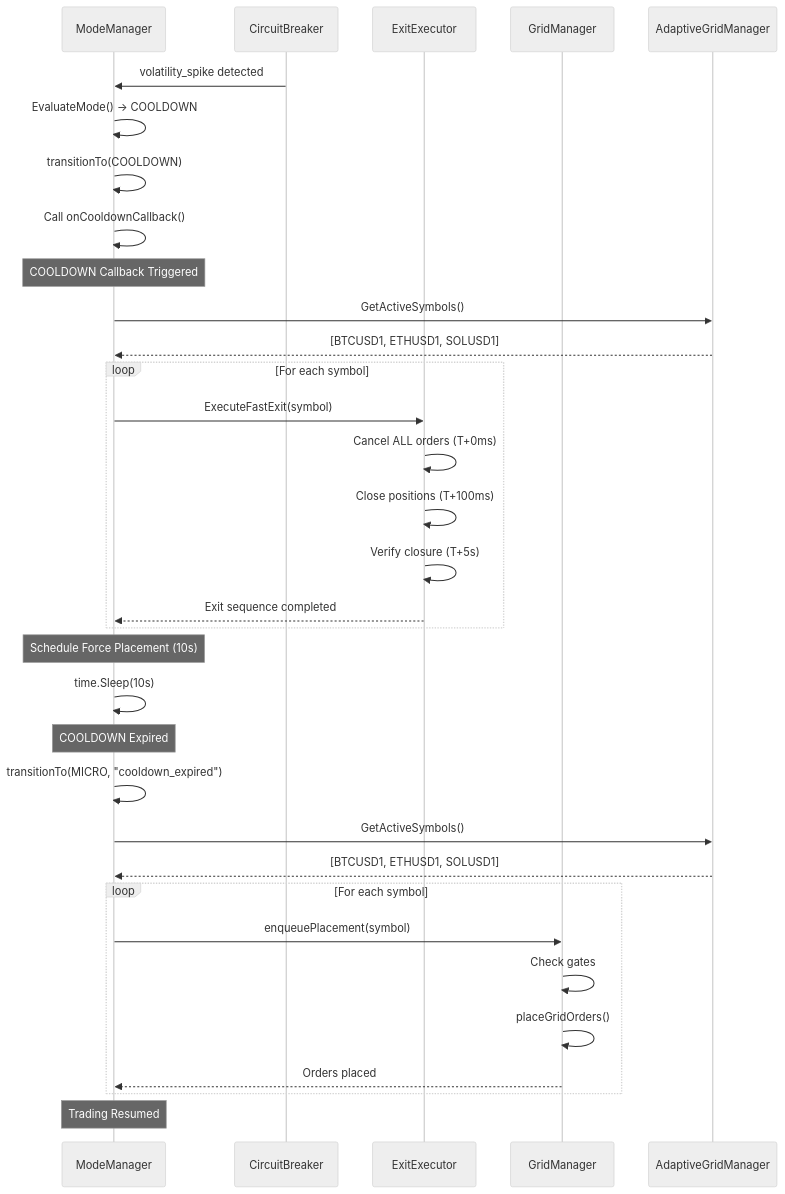
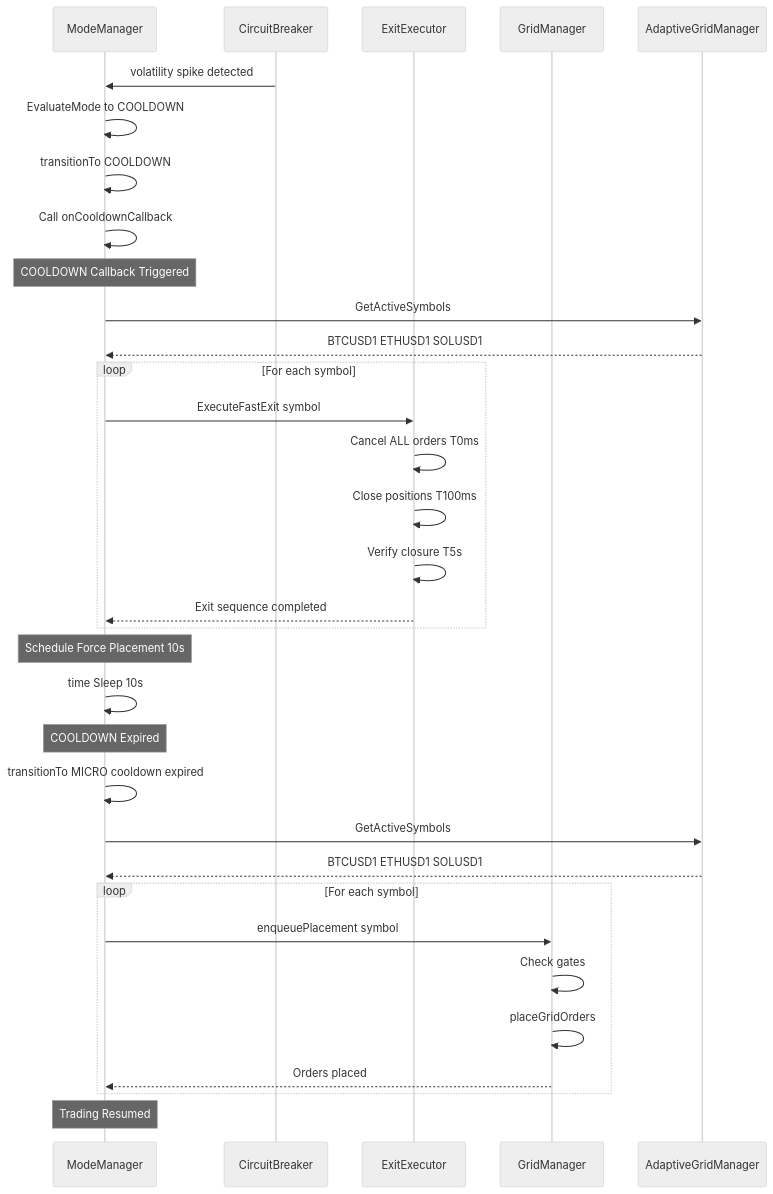
Before and after one commit to baolongdinh/aster-perp-trading: diagram 13 of 19 in AGENTIC_TRADING_NGHIEP_VU.md, drawn with Mermaid (neutral theme). The commit also changed other lines of this file and 12 other files, not shown here.

````diff
--- a/AGENTIC_TRADING_NGHIEP_VU.md
+++ b/AGENTIC_TRADING_NGHIEP_VU.md
@@ -921,42 +860,42 @@
 ```mermaid
 sequenceDiagram
     participant MM as ModeManager
     participant CB as CircuitBreaker
     participant EE as ExitExecutor
     participant GM as GridManager
     participant AGM as AdaptiveGridManager
     
-    CB->>MM: volatility_spike detected
-    MM->>MM: EvaluateMode() → COOLDOWN
-    MM->>MM: transitionTo(COOLDOWN)
-    MM->>MM: Call onCooldownCallback()
+    CB->>MM: volatility spike detected
+    MM->>MM: EvaluateMode to COOLDOWN
+    MM->>MM: transitionTo COOLDOWN
+    MM->>MM: Call onCooldownCallback
     
     Note over MM: COOLDOWN Callback Triggered
-    MM->>AGM: GetActiveSymbols()
-    AGM-->>MM: [BTCUSD1, ETHUSD1, SOLUSD1]
+    MM->>AGM: GetActiveSymbols
+    AGM-->>MM: BTCUSD1 ETHUSD1 SOLUSD1
     
     loop For each symbol
-        MM->>EE: ExecuteFastExit(symbol)
-        EE->>EE: Cancel ALL orders (T+0ms)
-        EE->>EE: Close positions (T+100ms)
-        EE->>EE: Verify closure (T+5s)
+        MM->>EE: ExecuteFastExit symbol
+        EE->>EE: Cancel ALL orders T0ms
+        EE->>EE: Close positions T100ms
+        EE->>EE: Verify closure T5s
         EE-->>MM: Exit sequence completed
     end
     
-    Note over MM: Schedule Force Placement (10s)
-    MM->>MM: time.Sleep(10s)
+    Note over MM: Schedule Force Placement 10s
+    MM->>MM: time Sleep 10s
     
     Note over MM: COOLDOWN Expired
-    MM->>MM: transitionTo(MICRO, "cooldown_expired")
-    MM->>AGM: GetActiveSymbols()
-    AGM-->>MM: [BTCUSD1, ETHUSD1, SOLUSD1]
+    MM->>MM: transitionTo MICRO cooldown expired
+    MM->>AGM: GetActiveSymbols
+    AGM-->>MM: BTCUSD1 ETHUSD1 SOLUSD1
     
     loop For each symbol
-        MM->>GM: enqueuePlacement(symbol)
+        MM->>GM: enqueuePlacement symbol
         GM->>GM: Check gates
-        GM->>GM: placeGridOrders()
+        GM->>GM: placeGridOrders
         GM-->>MM: Orders placed
     end
     
     Note over MM: Trading Resumed
 ```
````
